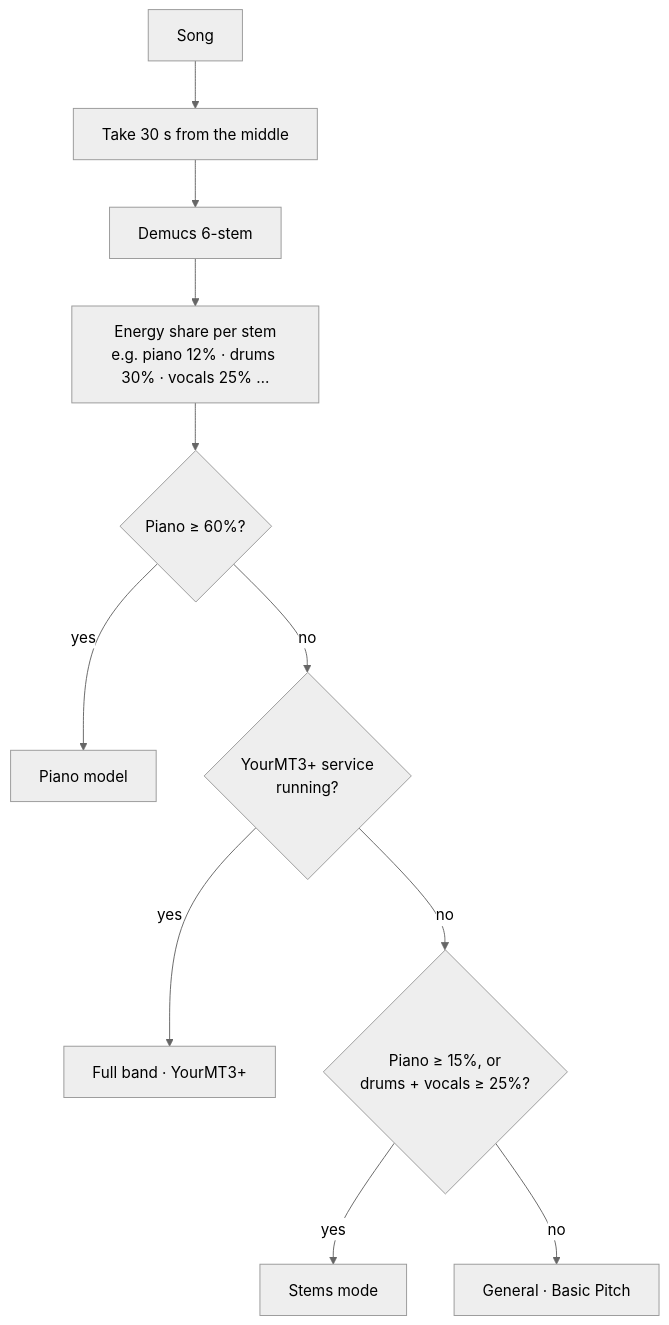
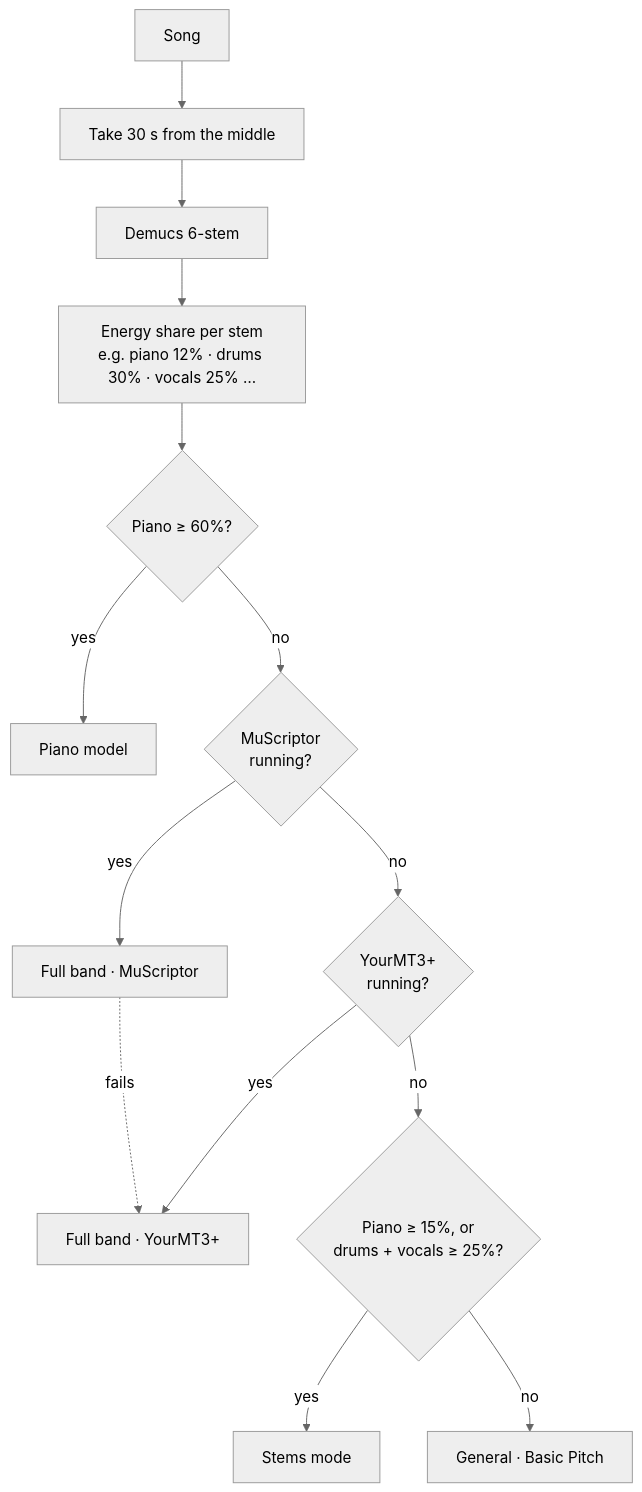
The seventh of 9 diagrams in docs/how-it-works.md (agangdut/supermusic), drawn with Mermaid (neutral theme) before and after one commit. The commit also changed other lines of this file and 15 other files, not shown here.

````diff
--- a/docs/how-it-works.md
+++ b/docs/how-it-works.md
@@ -290,13 +366,16 @@
 ```mermaid
 flowchart TD
     S[Song] --> EX[Take 30 s from the middle]
     EX --> DM[Demucs 6-stem]
     DM --> EN["Energy share per stem<br/>e.g. piano 12% · drums 30% · vocals 25% …"]
     EN --> Q1{Piano ≥ 60%?}
     Q1 -- yes --> P[Piano model]
-    Q1 -- no --> Q2{YourMT3+ service<br/>running?}
-    Q2 -- yes --> M[Full band · YourMT3+]
-    Q2 -- no --> Q3{"Piano ≥ 15%, or<br/>drums + vocals ≥ 25%?"}
-    Q3 -- yes --> ST[Stems mode]
-    Q3 -- no --> B[General · Basic Pitch]
+    Q1 -- no --> Q2{MuScriptor<br/>running?}
+    Q2 -- yes --> MS[Full band · MuScriptor]
+    Q2 -- no --> Q3{YourMT3+<br/>running?}
+    Q3 -- yes --> M[Full band · YourMT3+]
+    Q3 -- no --> Q4{"Piano ≥ 15%, or<br/>drums + vocals ≥ 25%?"}
+    Q4 -- yes --> ST[Stems mode]
+    Q4 -- no --> B[General · Basic Pitch]
+    MS -. fails .-> M
 ```
````
